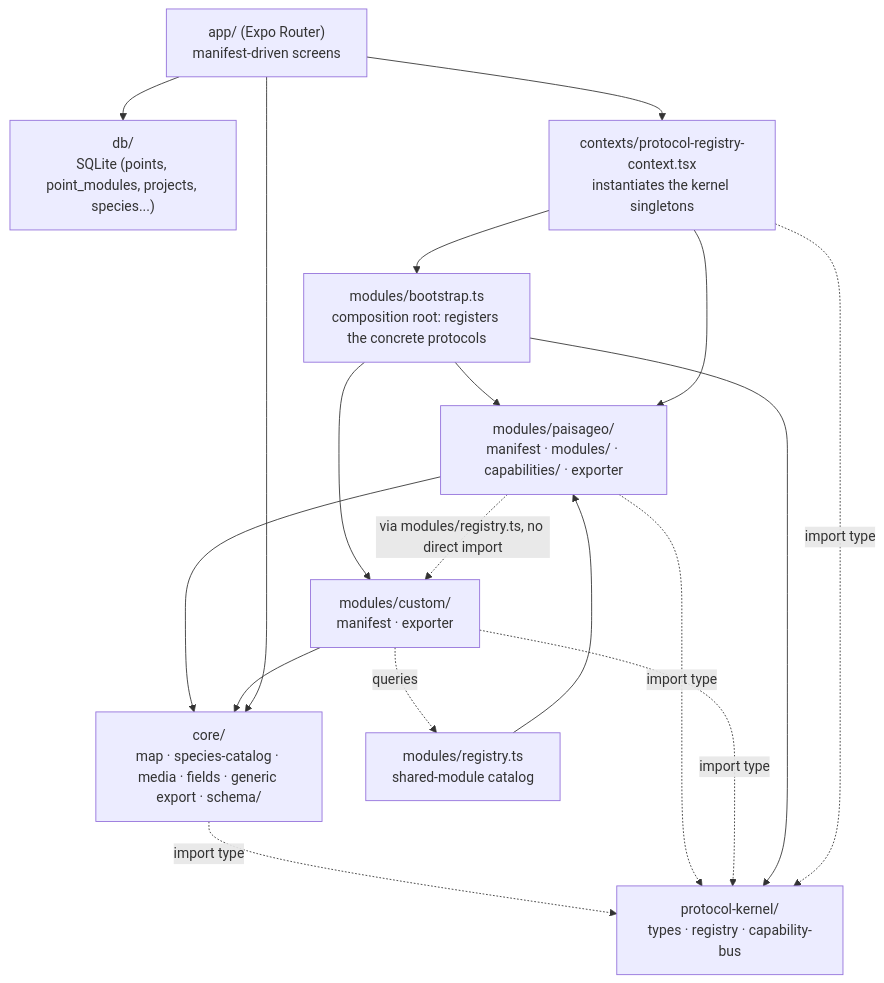
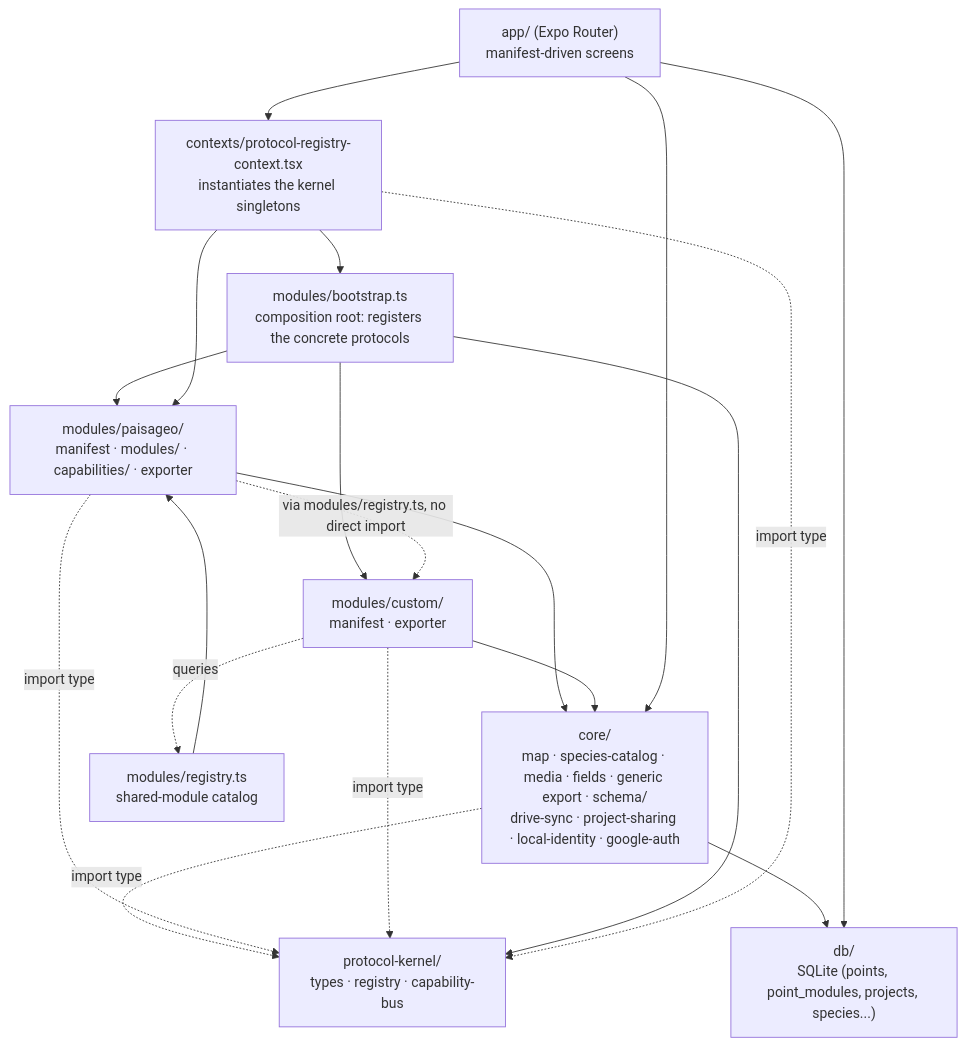
One commit to pablonvsx/nomos changed the diagram in docs/01_ARCHITECTURE.md. Above: the diagram before and after it, drawn with Mermaid. The commit also changed other lines of this file and 9 other files, not shown here.

````diff
--- a/docs/01_ARCHITECTURE.md
+++ b/docs/01_ARCHITECTURE.md
@@ -7,30 +7,31 @@
 ```mermaid
 graph TD
     DB["db/<br/>SQLite (points, point_modules, projects, species...)"]
-    CORE["core/<br/>map · species-catalog · media · fields · generic export · schema/"]
+    CORE["core/<br/>map · species-catalog · media · fields · generic export · schema/<br/>drive-sync · project-sharing · local-identity · google-auth"]
     KERNEL["protocol-kernel/<br/>types · registry · capability-bus"]
     BOOTSTRAP["modules/bootstrap.ts<br/>composition root: registers the concrete protocols"]
     PAISAGEO["modules/paisageo/<br/>manifest · modules/ · capabilities/ · exporter"]
     CUSTOM["modules/custom/<br/>manifest · exporter"]
     REGISTRY["modules/registry.ts<br/>shared-module catalog"]
     APP["app/ (Expo Router)<br/>manifest-driven screens"]
     CTX["contexts/protocol-registry-context.tsx<br/>instantiates the kernel singletons"]
 
     CORE -. "import type" .-> KERNEL
+    CORE --> DB
     PAISAGEO --> CORE
     CUSTOM --> CORE
     PAISAGEO -. "import type" .-> KERNEL
     CUSTOM -. "import type" .-> KERNEL
     BOOTSTRAP --> KERNEL
     BOOTSTRAP --> PAISAGEO
     BOOTSTRAP --> CUSTOM
     PAISAGEO -. "via modules/registry.ts, no direct import" .-> CUSTOM
     REGISTRY --> PAISAGEO
     CUSTOM -. "queries" .-> REGISTRY
     CTX --> BOOTSTRAP
     CTX -. "import type" .-> KERNEL
     CTX --> PAISAGEO
     APP --> CTX
     APP --> DB
     APP --> CORE
 ```
````
